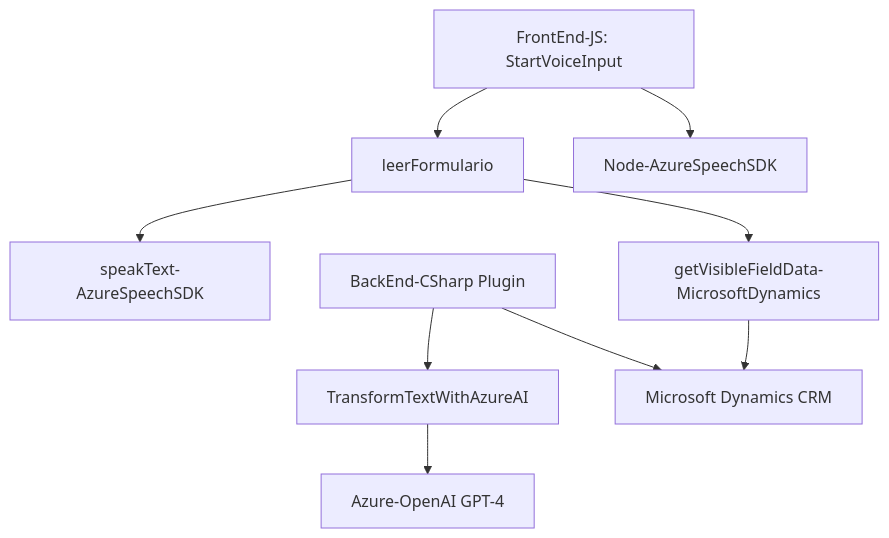
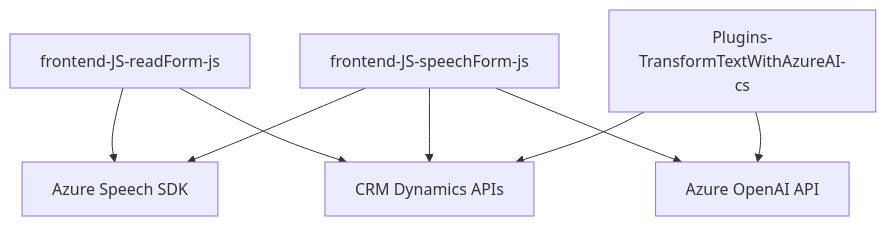
The diagram in README.md (blopezdm/NETCORE_BILBAO2025), drawn with Mermaid before and after one commit. The commit also changed other lines of this file, not shown here.

````diff
--- a/README.md
+++ b/README.md
@@ -39,11 +54,17 @@
 ```mermaid
 graph TD
-    A["FrontEnd-JS: StartVoiceInput"] --> B["leerFormulario"]
-    B --> C["speakText-AzureSpeechSDK"]
-    B --> D["getVisibleFieldData-MicrosoftDynamics"]
-    A --> E["Node-AzureSpeechSDK"]
-    F["BackEnd-CSharp Plugin"] --> G["TransformTextWithAzureAI"]
-    G --> H["Azure-OpenAI GPT-4"]
-    F --> I["Microsoft Dynamics CRM"]
-    D --> I
+    A["frontend-JS-readForm-js"]
+    B["frontend-JS-speechForm-js"]
+    C["Plugins-TransformTextWithAzureAI-cs"]
+    D["Azure Speech SDK"]
+    E["Azure OpenAI API"]
+    F["CRM Dynamics APIs"]
+
+    A --> D
+    A --> F
+    B --> D
+    B --> E
+    B --> F
+    C --> E
+    C --> F
 ```
````
